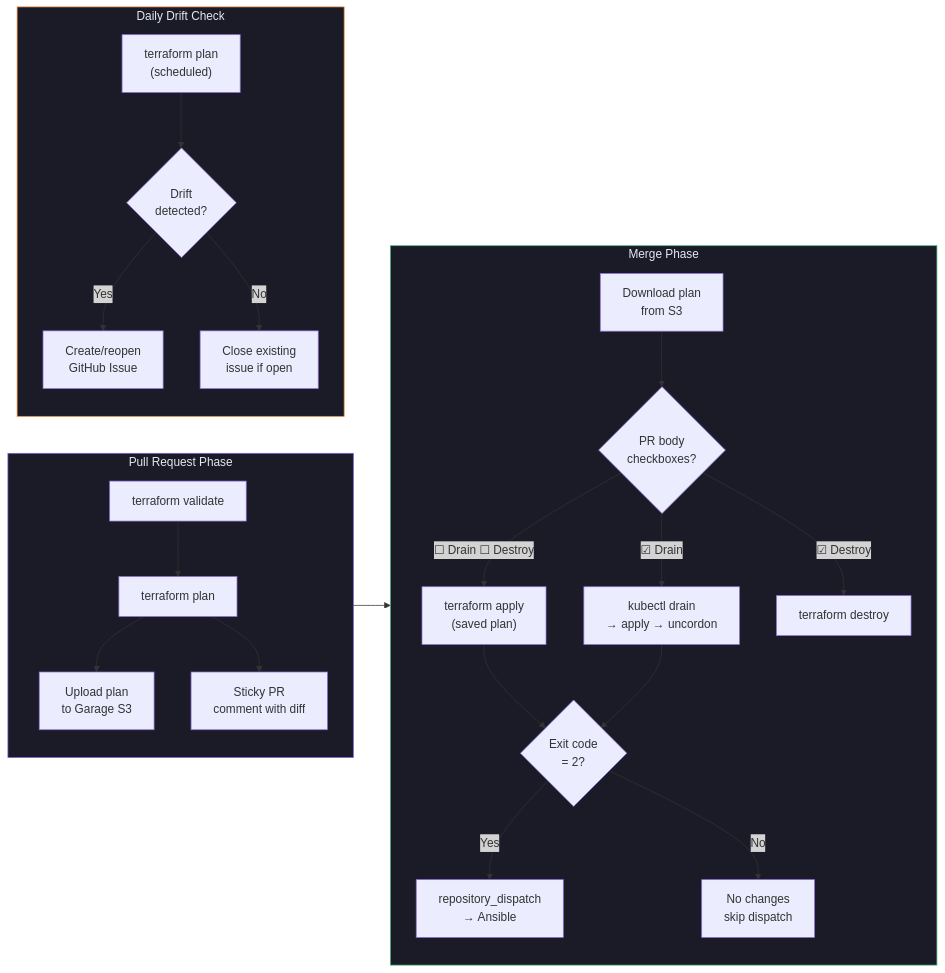
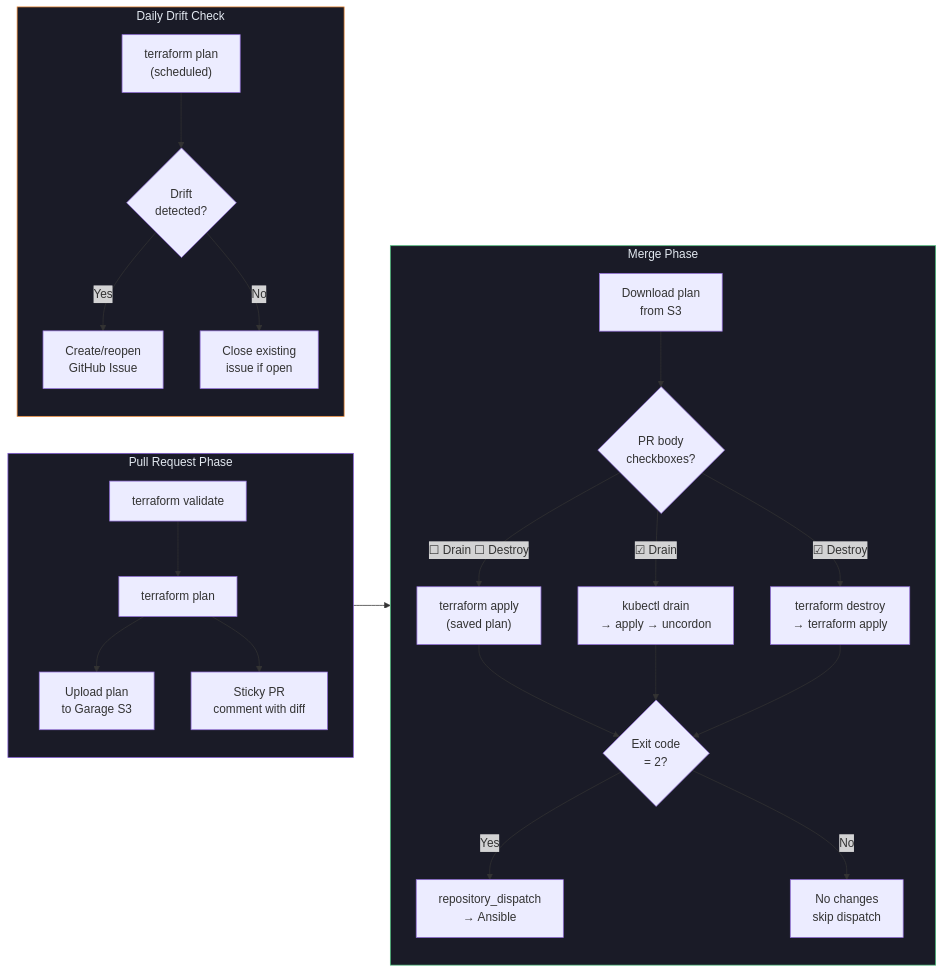
Before and after one commit to Starktastic-Homelab/terraform: the third of 4 diagrams in README.md, drawn with Mermaid. The commit also changed other lines of this file, not shown here.

Commit message:
docs: fix overview Plan→Merge connection and destroy→apply flow

````diff
--- a/README.md
+++ b/README.md
@@ -170,32 +171,32 @@
 ```mermaid
 flowchart LR
     subgraph pr["Pull Request Phase"]
         direction TB
         Val["terraform validate"] --> PlanPR["terraform plan"]
         PlanPR --> Upload["Upload plan\nto Garage S3"]
         PlanPR --> Comment["Sticky PR\ncomment with diff"]
     end
 
     subgraph merge["Merge Phase"]
         direction TB
         DL["Download plan\nfrom S3"] --> Mode{"PR body\ncheckboxes?"}
         Mode -- "☐ Drain ☐ Destroy" --> Normal["terraform apply\n(saved plan)"]
         Mode -- "☑ Drain" --> Drain["kubectl drain\n→ apply → uncordon"]
-        Mode -- "☑ Destroy" --> Destroy["terraform destroy"]
-        Normal & Drain --> Changed{"Exit code\n= 2?"}
+        Mode -- "☑ Destroy" --> Destroy["terraform destroy\n→ terraform apply"]
+        Normal & Drain & Destroy --> Changed{"Exit code\n= 2?"}
         Changed -- "Yes" --> Trigger["repository_dispatch\n→ Ansible"]
         Changed -- "No" --> Skip["No changes\nskip dispatch"]
     end
 
     subgraph drift["Daily Drift Check"]
         DriftPlan["terraform plan\n(scheduled)"] --> Drifted{"Drift\ndetected?"}
         Drifted -- "Yes" --> Issue["Create/reopen\nGitHub Issue"]
         Drifted -- "No" --> Close["Close existing\nissue if open"]
     end
 
     pr --> merge
 
     style pr fill:#1a1b27,stroke:#805ad5,color:#e2e8f0
     style merge fill:#1a1b27,stroke:#48bb78,color:#e2e8f0
     style drift fill:#1a1b27,stroke:#ed8936,color:#e2e8f0
 ```
````
